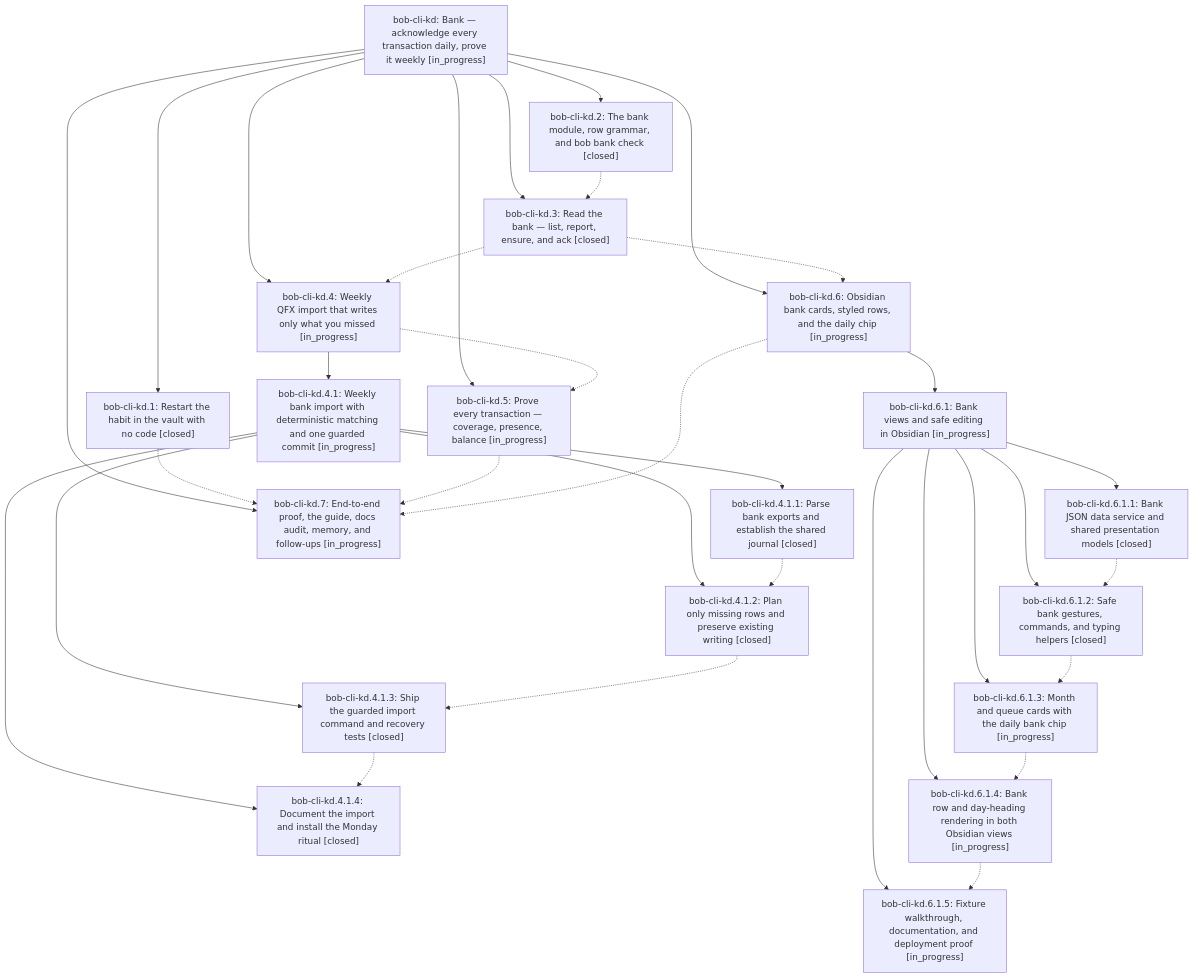
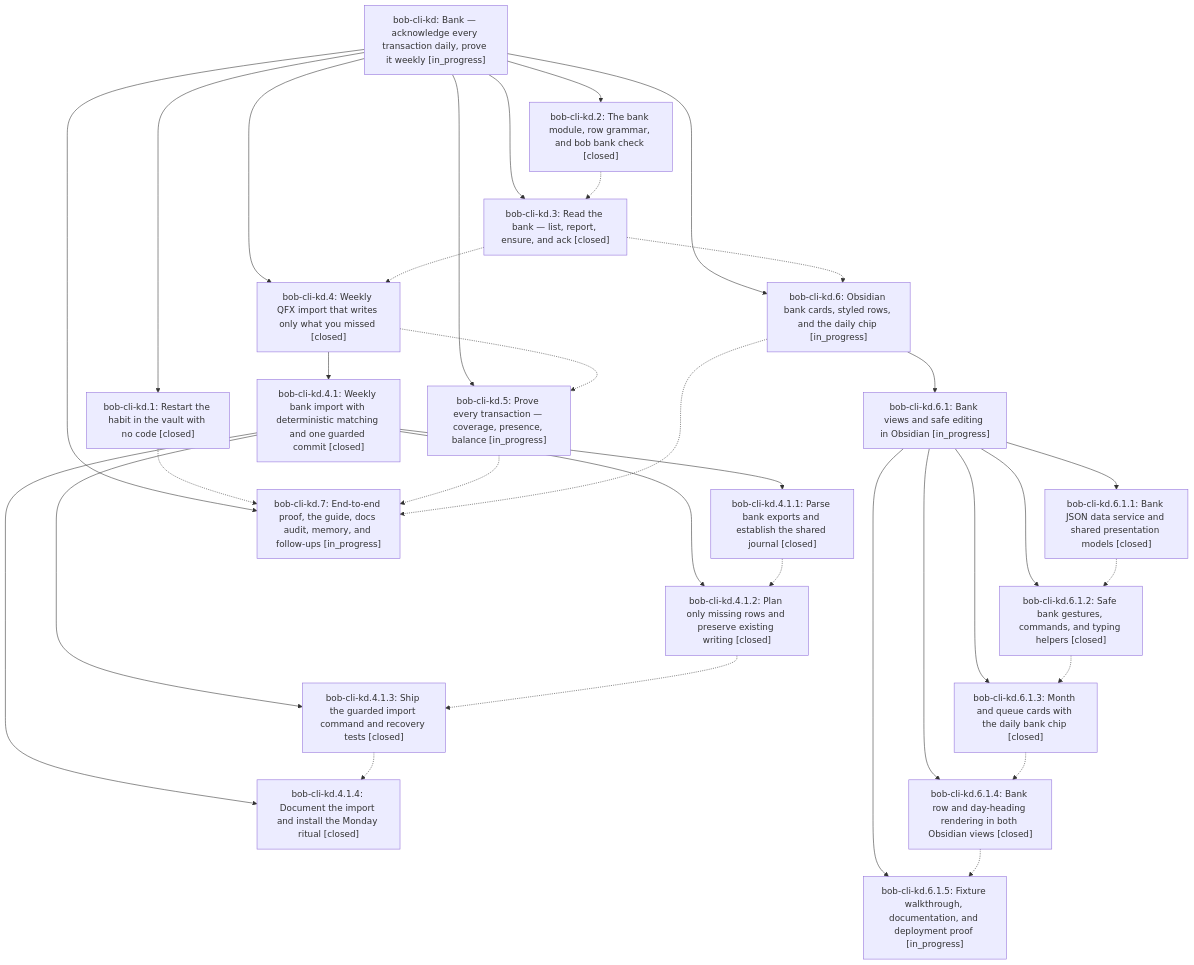
Before and after one commit to bobs-org/bob-cli--beads: the diagram in pages/bob-cli-kd/README.md, drawn with Mermaid. The commit also changed other lines of this file and 11 other files, not shown here.

First line of the commit message:
chore(beads): sync bead state and pages for bob-cli-kd

````diff
--- a/pages/bob-cli-kd/README.md
+++ b/pages/bob-cli-kd/README.md
@@ -48,54 +48,54 @@
 ```mermaid
 flowchart TD
     n0["bob-cli-kd: Bank — acknowledge every transaction daily, prove it weekly [in_progress]"]
     n1["bob-cli-kd.1: Restart the habit in the vault with no code [closed]"]
     n2["bob-cli-kd.2: The bank module, row grammar, and bob bank check [closed]"]
     n3["bob-cli-kd.3: Read the bank — list, report, ensure, and ack [closed]"]
-    n4["bob-cli-kd.4: Weekly QFX import that writes only what you missed [in_progress]"]
-    n5["bob-cli-kd.4.1: Weekly bank import with deterministic matching and one guarded commit [in_progress]"]
+    n4["bob-cli-kd.4: Weekly QFX import that writes only what you missed [closed]"]
+    n5["bob-cli-kd.4.1: Weekly bank import with deterministic matching and one guarded commit [closed]"]
     n6["bob-cli-kd.4.1.1: Parse bank exports and establish the shared journal [closed]"]
     n7["bob-cli-kd.4.1.2: Plan only missing rows and preserve existing writing [closed]"]
     n8["bob-cli-kd.4.1.3: Ship the guarded import command and recovery tests [closed]"]
     n9["bob-cli-kd.4.1.4: Document the import and install the Monday ritual [closed]"]
     n10["bob-cli-kd.5: Prove every transaction — coverage, presence, balance [in_progress]"]
     n11["bob-cli-kd.6: Obsidian bank cards, styled rows, and the daily chip [in_progress]"]
     n12["bob-cli-kd.6.1: Bank views and safe editing in Obsidian [in_progress]"]
     n13["bob-cli-kd.6.1.1: Bank JSON data service and shared presentation models [closed]"]
     n14["bob-cli-kd.6.1.2: Safe bank gestures, commands, and typing helpers [closed]"]
-    n15["bob-cli-kd.6.1.3: Month and queue cards with the daily bank chip [in_progress]"]
-    n16["bob-cli-kd.6.1.4: Bank row and day-heading rendering in both Obsidian views [in_progress]"]
+    n15["bob-cli-kd.6.1.3: Month and queue cards with the daily bank chip [closed]"]
+    n16["bob-cli-kd.6.1.4: Bank row and day-heading rendering in both Obsidian views [closed]"]
     n17["bob-cli-kd.6.1.5: Fixture walkthrough, documentation, and deployment proof [in_progress]"]
     n18["bob-cli-kd.7: End-to-end proof, the guide, docs audit, memory, and follow-ups [in_progress]"]
     n0 --> n1
     n0 --> n2
     n0 --> n3
     n0 --> n4
     n4 --> n5
     n5 --> n6
     n5 --> n7
     n5 --> n8
     n5 --> n9
     n0 --> n10
     n0 --> n11
     n11 --> n12
     n12 --> n13
     n12 --> n14
     n12 --> n15
     n12 --> n16
     n12 --> n17
     n0 --> n18
     n1 -.-> n18
     n2 -.-> n3
     n3 -.-> n4
     n3 -.-> n11
     n4 -.-> n10
     n6 -.-> n7
     n7 -.-> n8
     n8 -.-> n9
     n10 -.-> n18
     n11 -.-> n18
     n13 -.-> n14
     n14 -.-> n15
     n15 -.-> n16
     n16 -.-> n17
 ```
````
